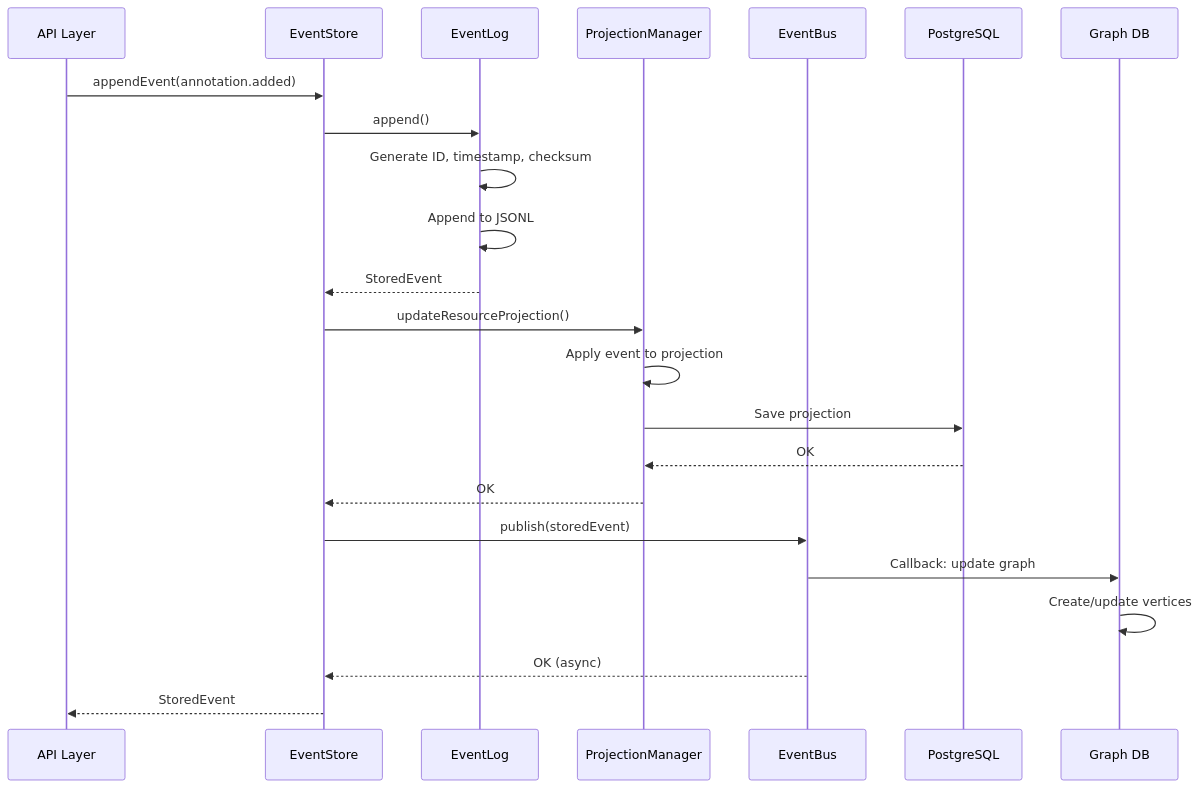
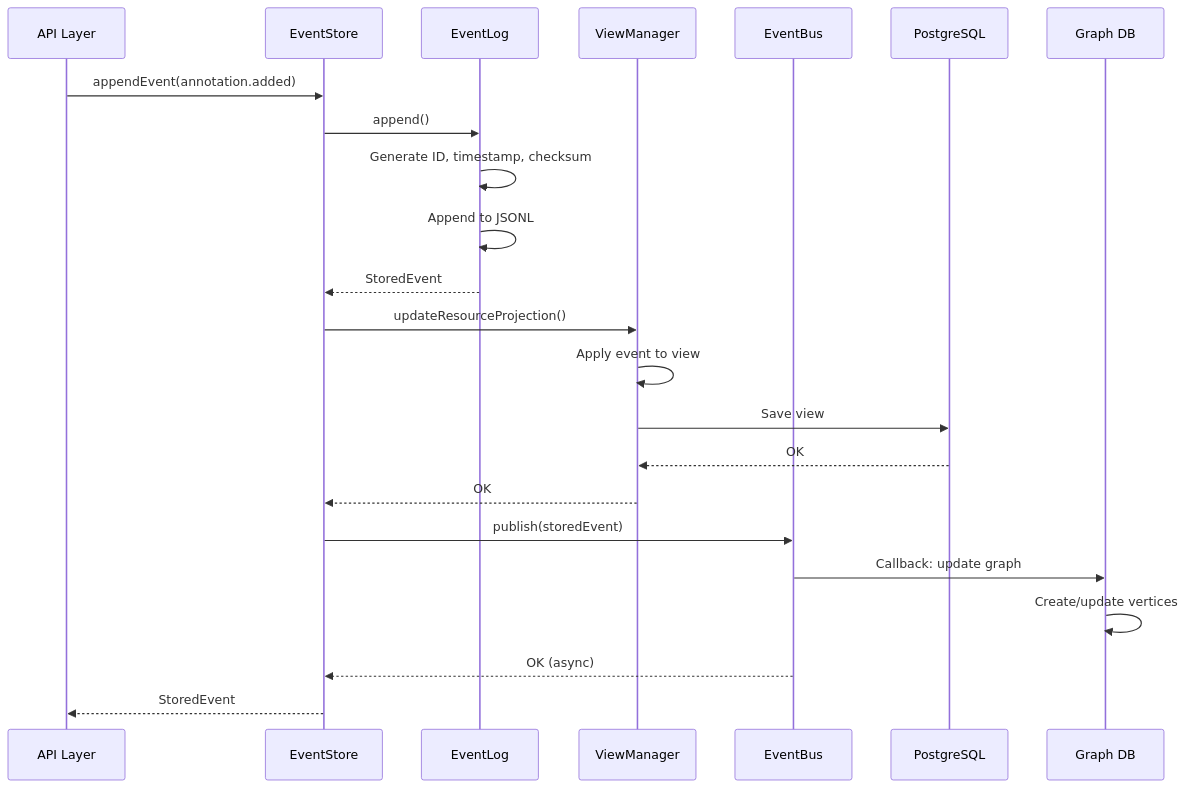
One commit to The-AI-Alliance/semiont changed the first of 2 diagrams in docs/services/EVENT-STORE.md. Above: the diagram before and after it, drawn with Mermaid. The commit also changed other lines of this file and 9 other files, not shown here.

````diff
--- a/docs/services/EVENT-STORE.md
+++ b/docs/services/EVENT-STORE.md
@@ -543,29 +543,29 @@
 ```mermaid
 sequenceDiagram
     participant API as API Layer
     participant ES as EventStore
     participant Log as EventLog
-    participant PM as ProjectionManager
+    participant PM as ViewManager
     participant Bus as EventBus
     participant DB as PostgreSQL
     participant Graph as Graph DB
 
     API->>ES: appendEvent(annotation.added)
     ES->>Log: append()
     Log->>Log: Generate ID, timestamp, checksum
     Log->>Log: Append to JSONL
     Log-->>ES: StoredEvent
 
     ES->>PM: updateResourceProjection()
-    PM->>PM: Apply event to projection
-    PM->>DB: Save projection
+    PM->>PM: Apply event to view
+    PM->>DB: Save view
     DB-->>PM: OK
     PM-->>ES: OK
 
     ES->>Bus: publish(storedEvent)
     Bus->>Graph: Callback: update graph
     Graph->>Graph: Create/update vertices
     Bus-->>ES: OK (async)
 
     ES-->>API: StoredEvent
 ```
````
